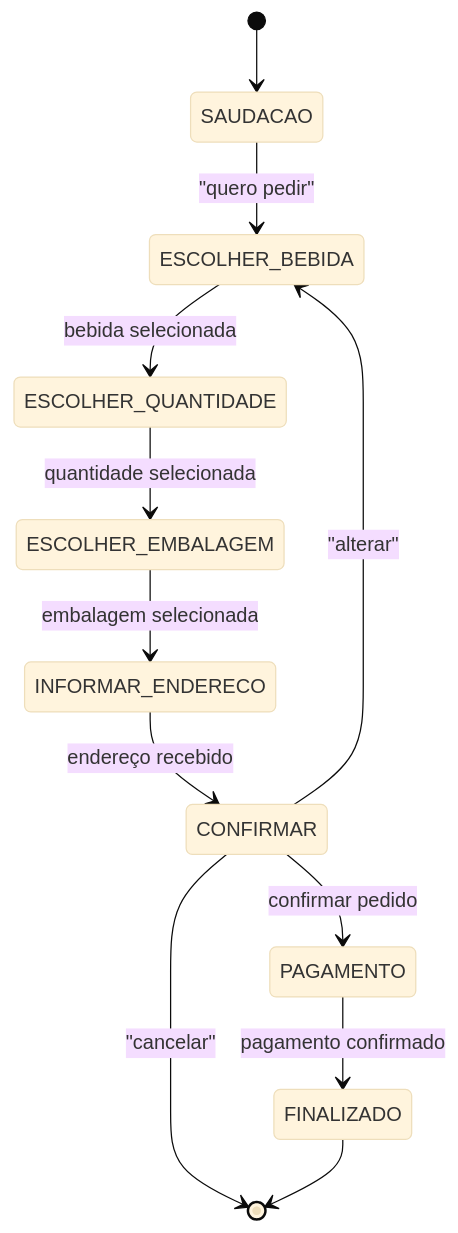
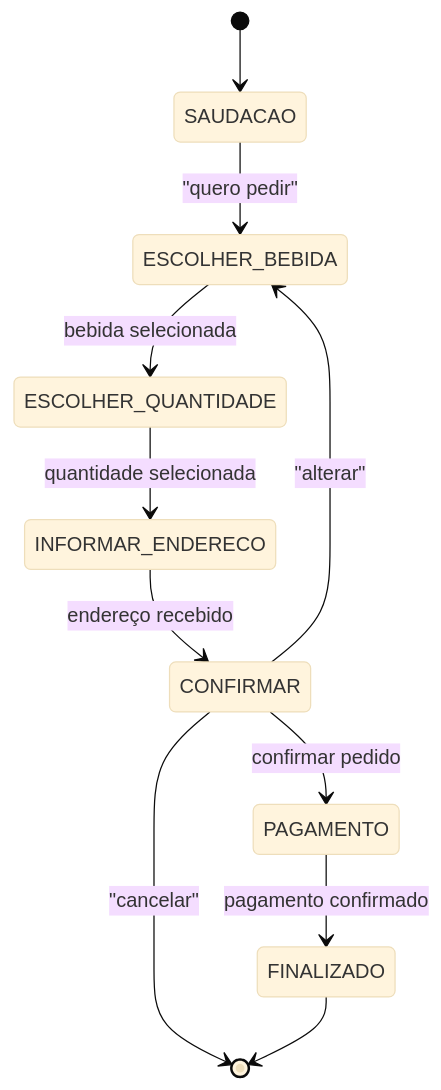
The diagram in SuperMarioDrinks.md (igoroliveirx/linguagens_formais_automatos_finitos), drawn with Mermaid (base theme) before and after one commit. The commit also changed other lines of this file, not shown here.

````diff
--- a/SuperMarioDrinks.md
+++ b/SuperMarioDrinks.md
@@ -12,18 +12,15 @@
 ```mermaid
 stateDiagram
   direction TB
   [*] --> SAUDACAO
-  SAUDACAO --> ESCOLHER_SABOR:"quero pedir"
-  ESCOLHER_SABOR --> ESCOLHER_TAMANHO:bebida selecionada
-  ESCOLHER_TAMANHO --> ESCOLHER_BEBIDA:quantidade selecionada
-  ESCOLHER_BEBIDA --> INFORMAR_ENDERECO:embalagem selecionada
-  INFORMAR_ENDERECO --> CONFIRMAR:endereço recebido
-  CONFIRMAR --> PAGAMENTO:confirmar pedido
-  PAGAMENTO --> FINALIZADO:pagamento confirmado
-  CONFIRMAR --> ESCOLHER_SABOR:"alterar"
-  CONFIRMAR --> [*]:"cancelar"
+  SAUDACAO --> ESCOLHER_BEBIDA: "quero pedir"
+  ESCOLHER_BEBIDA --> ESCOLHER_QUANTIDADE: bebida selecionada
+  ESCOLHER_QUANTIDADE --> INFORMAR_ENDERECO: quantidade selecionada
+  INFORMAR_ENDERECO --> CONFIRMAR: endereço recebido
+  CONFIRMAR --> PAGAMENTO: confirmar pedido
+  PAGAMENTO --> FINALIZADO: pagamento confirmado
+  CONFIRMAR --> ESCOLHER_BEBIDA: "alterar"
+  CONFIRMAR --> [*]: "cancelar"
   FINALIZADO --> [*]
-  ESCOLHER_SABOR:ESCOLHER_BEBIDA
-  ESCOLHER_TAMANHO:ESCOLHER_QUANTIDADE
-  ESCOLHER_BEBIDA:ESCOLHER_EMBALAGEM
+
 ```
````
